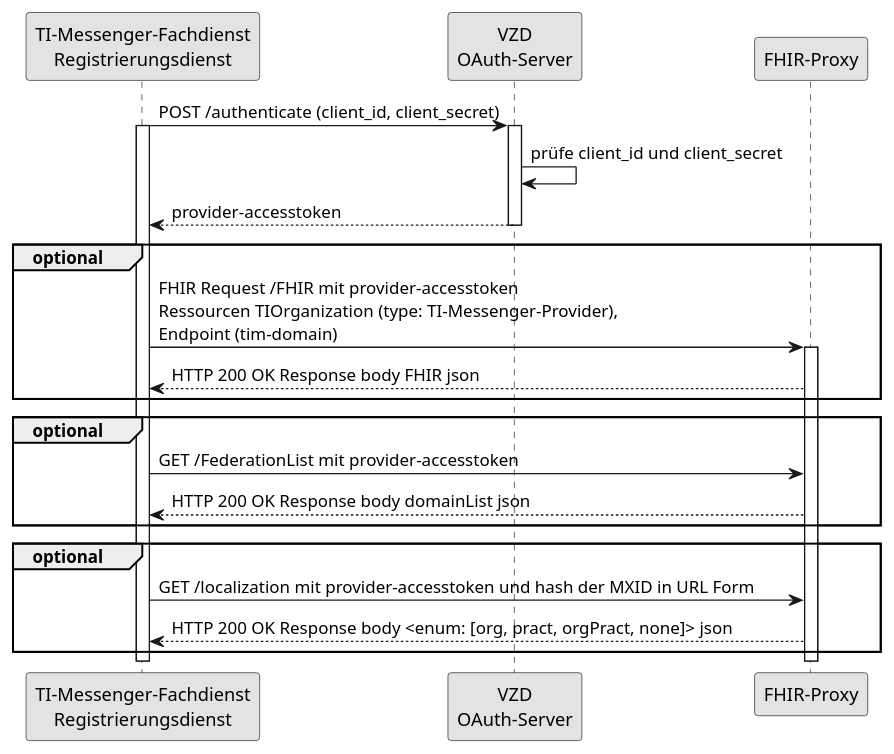
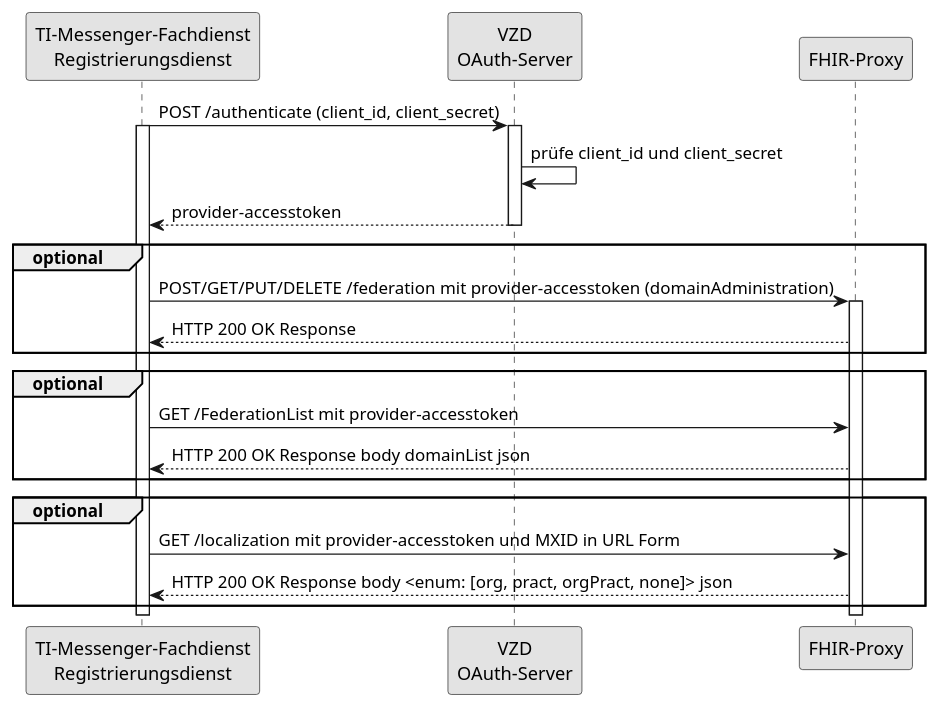
The diagram in src/plantuml/SequenceDiagram.FHIR-Directory.tim_provider_services.puml (gematik/api-vzd), drawn with PlantUML before and after one commit.

Commit message:
Update for TIM 1.1
- Hash der MXID wird nicht genutzt (Parameter ist MXID in URL Form)
- Domains werden über domainAdministration REST Operationen verwaltet

```diff
--- a/src/plantuml/SequenceDiagram.FHIR-Directory.tim_provider_services.puml
+++ b/src/plantuml/SequenceDiagram.FHIR-Directory.tim_provider_services.puml
@@ -1,32 +1,32 @@
 @startuml I_VZD_TIM_Provider_Services
 skinparam dpi 100
 skinparam WrapWidth 200
 skinparam monochrome true
 
 participant rd as "TI-Messenger-Fachdienst\nRegistrierungsdienst"
 participant oa as "VZD\nOAuth-Server"
 participant fp as "FHIR-Proxy"
 
 rd -> oa: POST /authenticate (client_id, client_secret)
 activate rd
 activate oa
 oa -> oa: prüfe client_id und client_secret
 oa --> rd: provider-accesstoken
 deactivate oa
 group optional
-rd -> fp: FHIR Request /FHIR mit provider-accesstoken\nRessourcen TIOrganization (type: TI-Messenger-Provider),\nEndpoint (tim-domain)
+rd -> fp: POST/GET/PUT/DELETE /federation mit provider-accesstoken (domainAdministration)
 activate fp
-fp --> rd: HTTP 200 OK Response body FHIR json
+fp --> rd: HTTP 200 OK Response
 end
 group optional
 rd -> fp: GET /FederationList mit provider-accesstoken
 fp --> rd: HTTP 200 OK Response body domainList json
 end
 group optional
-rd -> fp: GET /localization mit provider-accesstoken und hash der MXID in URL Form
+rd -> fp: GET /localization mit provider-accesstoken und MXID in URL Form
 fp --> rd: HTTP 200 OK Response body <enum: [org, pract, orgPract, none]> json
 end
 
 deactivate fp
 deactivate rd
 @enduml
```
